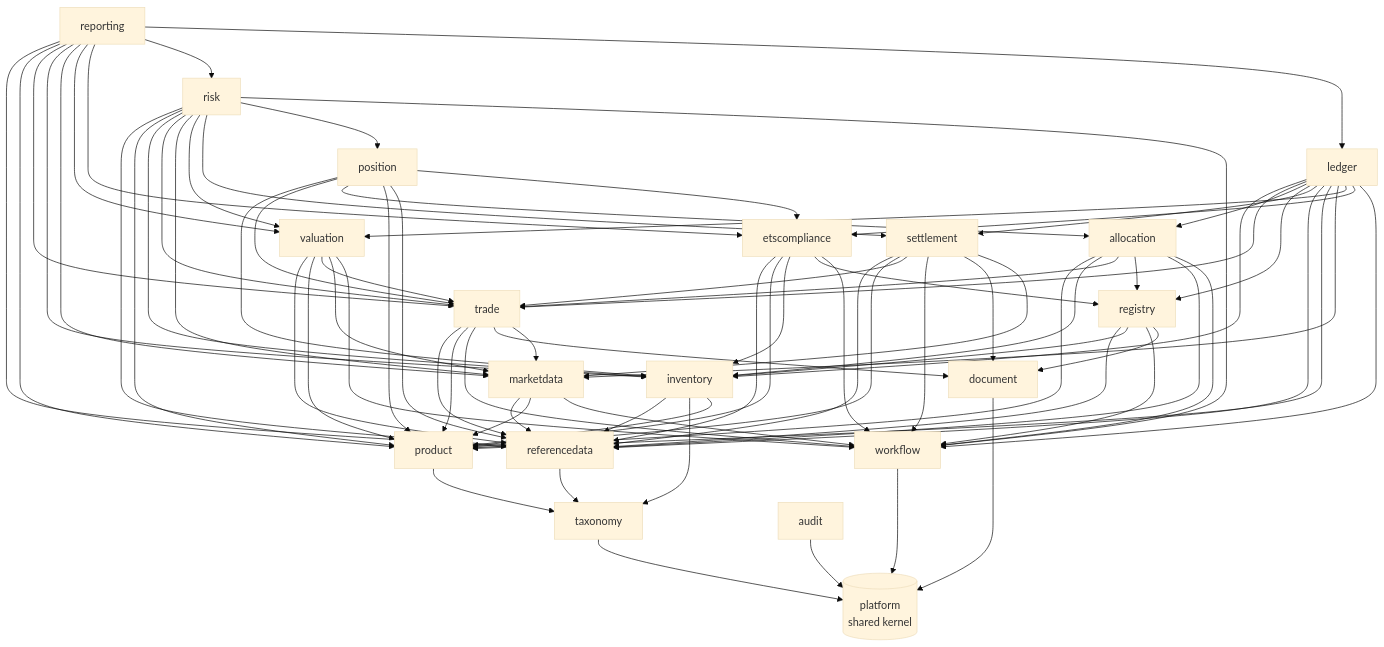
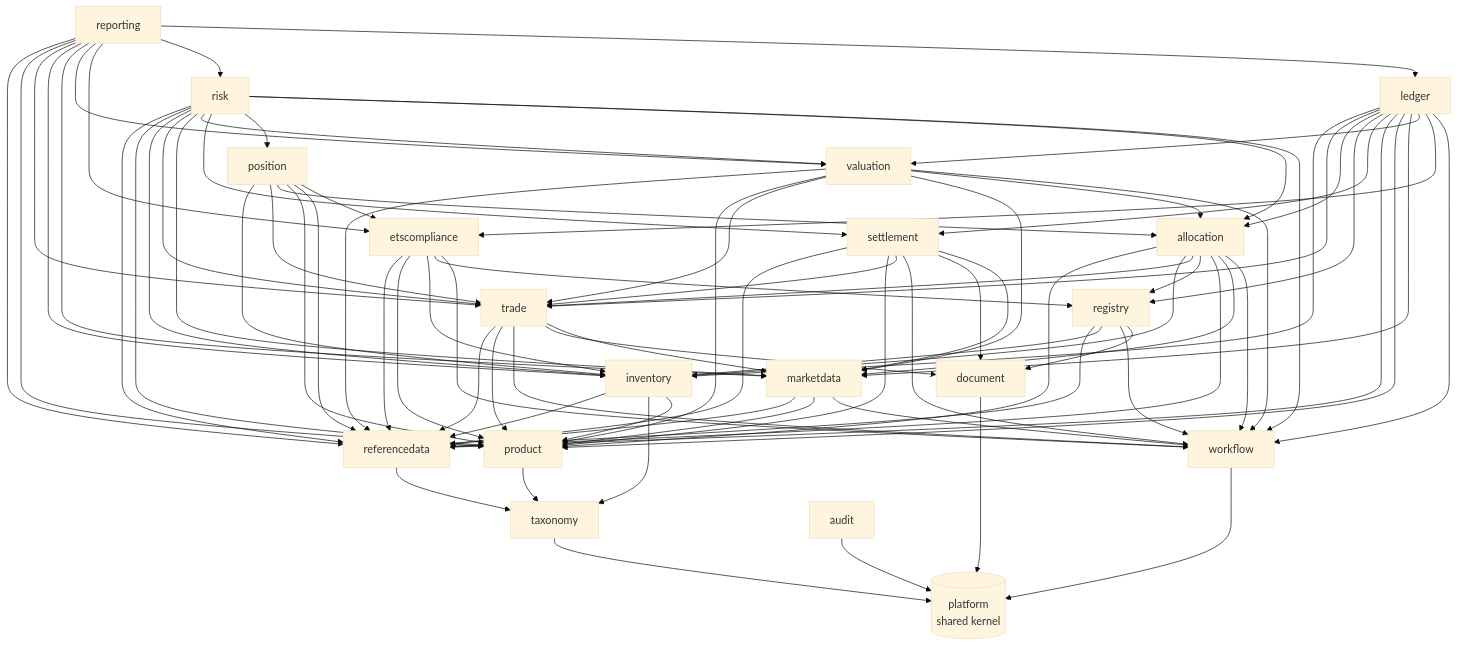
The first of 3 diagrams in docs/arc42/05-building-block-view.md (Pianonurmi/goo-ets-etrm), drawn with Mermaid (base theme) before and after one commit. The commit also changed other lines of this file and 48 other files, not shown here.

First line of the commit message:
Close increment 8: screenshots, architecture docs and the load baseline

````diff
--- a/docs/arc42/05-building-block-view.md
+++ b/docs/arc42/05-building-block-view.md
@@ -5,22 +5,22 @@
 ```mermaid
 flowchart TB
   platform[(platform<br/>shared kernel)]
   taxonomy --> platform
   referencedata --> taxonomy
   product --> taxonomy
   marketdata --> referencedata & product & workflow
   trade --> referencedata & product & workflow & document & marketdata
   inventory --> referencedata & taxonomy & product
   registry --> referencedata & inventory & workflow & document
-  allocation --> product & inventory & trade & registry & referencedata & workflow
+  allocation --> product & inventory & trade & registry & referencedata & marketdata & workflow
   position --> inventory & trade & allocation & product & referencedata & etscompliance
   settlement --> referencedata & product & trade & workflow & document & marketdata
-  valuation --> referencedata & product & trade & marketdata & workflow
+  valuation --> referencedata & product & trade & marketdata & allocation & workflow
   etscompliance --> referencedata & product & inventory & registry & workflow
   ledger --> inventory & trade & allocation & registry & settlement & referencedata & product & marketdata & valuation & etscompliance & workflow
-  risk --> referencedata & product & inventory & trade & marketdata & valuation & settlement & position & workflow
+  risk --> referencedata & product & inventory & trade & marketdata & valuation & settlement & position & allocation & workflow
   reporting --> referencedata & product & trade & inventory & marketdata & valuation & etscompliance & risk & ledger
   workflow --> platform
   document --> platform
   audit --> platform
 ```
````
